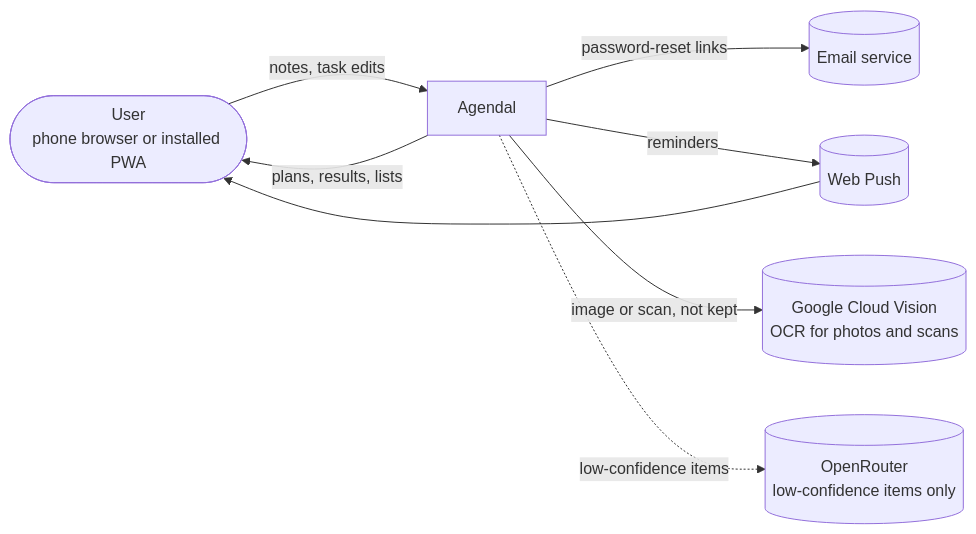
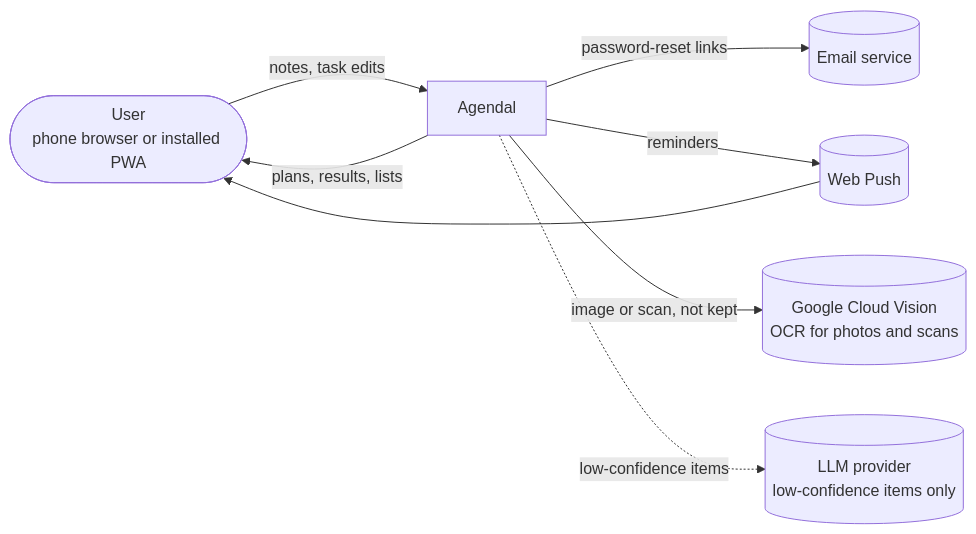
One commit to 02bbits/Agendal changed the third of 6 diagrams in docs/SUMMARY.md. Above: the diagram before and after it, drawn with Mermaid. The commit also changed other lines of this file and 18 other files, not shown here.

First line of the commit message:
refactor(notes): NoteLlmFallback, and docs that the LLM is not only OpenRouter (Refs #37, IM-38)

````diff
--- a/docs/SUMMARY.md
+++ b/docs/SUMMARY.md
@@ -244,15 +244,15 @@
 ```mermaid
 flowchart LR
     U([User<br/>phone browser or installed PWA])
     A[Agendal]
     M[(Email service)]
     P[(Web Push)]
     X[(Google Cloud Vision<br/>OCR for photos and scans)]
-    L[(OpenRouter<br/>low-confidence items only)]
+    L[(LLM provider<br/>low-confidence items only)]
     U -- "notes, task edits" --> A
     A -- "plans, results, lists" --> U
     A -- "password-reset links" --> M
     A -- "reminders" --> P --> U
     A -- "image or scan, not kept" --> X
     A -. "low-confidence items" .-> L
 ```
````
